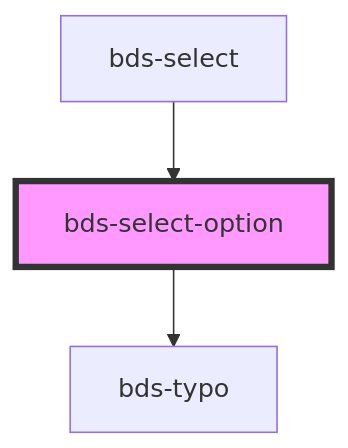
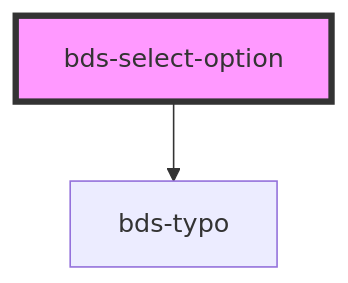
The diagram in src/components/select-option/readme.md (takenet/blip-ds), drawn with Mermaid before and after one commit. The commit also changed other lines of this file and 7 other files, not shown here.

First line of the commit message:
feat(component): separate select with select option

````diff
--- a/src/components/select-option/readme.md
+++ b/src/components/select-option/readme.md
@@ -37,6 +33,5 @@
 ```mermaid
 graph TD;
   bds-select-option --> bds-typo
-  bds-select --> bds-select-option
   style bds-select-option fill:#f9f,stroke:#333,stroke-width:4px
 ```
````
